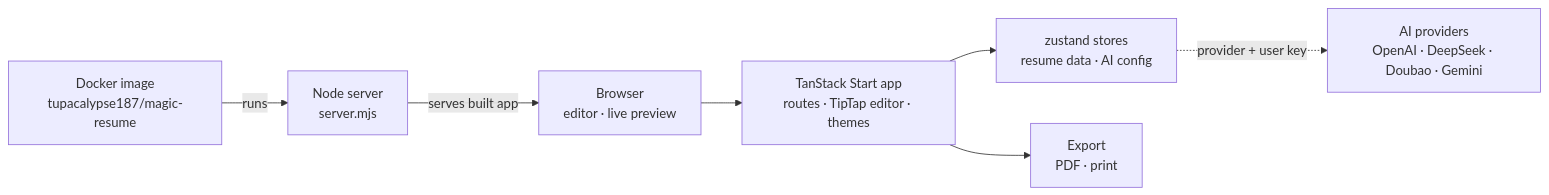
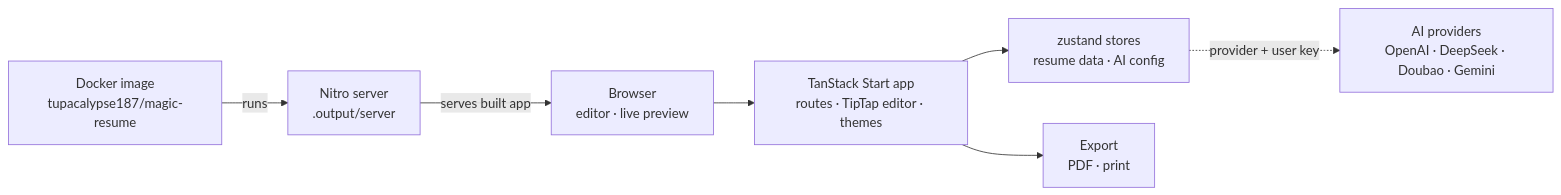
One commit to tupacalypse187/magic-resume changed the diagram in README.md. Above: the diagram before and after it, drawn with Mermaid. The commit also changed other lines of this file and 7 other files, not shown here.

````diff
--- a/README.md
+++ b/README.md
@@ -52,9 +52,9 @@
 ```mermaid
 flowchart LR
     Browser["Browser<br/>editor · live preview"] --> App["TanStack Start app<br/>routes · TipTap editor · themes"]
     App --> Store["zustand stores<br/>resume data · AI config"]
     App --> Export["Export<br/>PDF · print"]
     Store -.->|provider + user key| AI["AI providers<br/>OpenAI · DeepSeek · Doubao · Gemini"]
-    Image["Docker image<br/>tupacalypse187/magic-resume"] -->|runs| Server["Node server<br/>server.mjs"]
+    Image["Docker image<br/>tupacalypse187/magic-resume"] -->|runs| Server["Nitro server<br/>.output/server"]
     Server -->|serves built app| Browser
 ```
````
